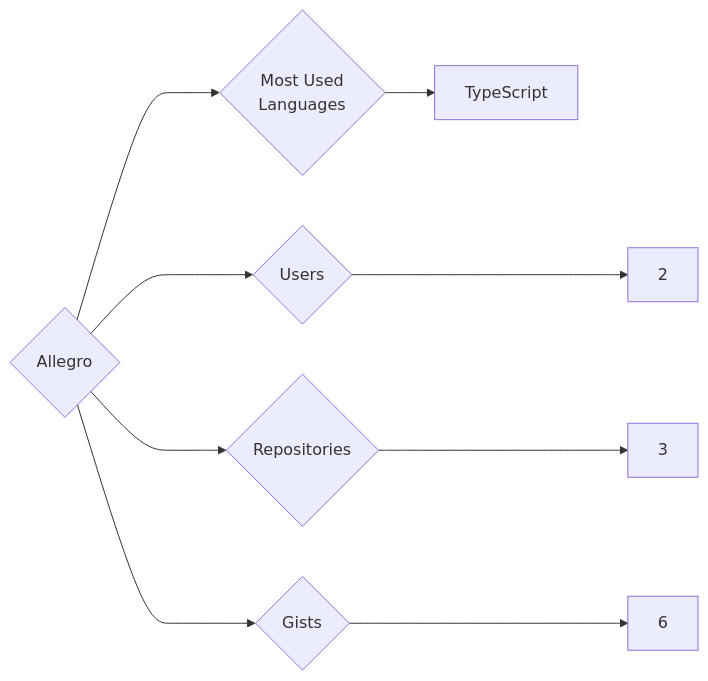
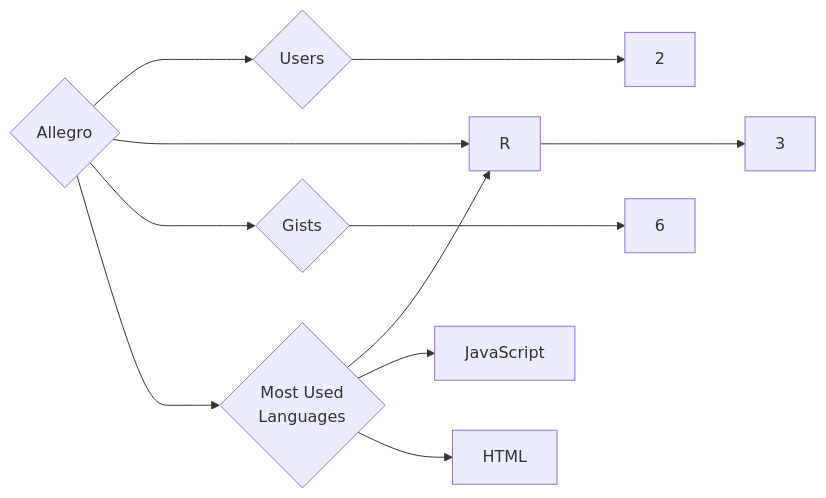
The diagram in targets/Allegro/README.md (trickest/insiders), drawn with Mermaid before and after one commit. The commit also changed 1036 other files, not shown here.

````diff
--- a/targets/Allegro/README.md
+++ b/targets/Allegro/README.md
@@ -3,9 +3,11 @@
 ```mermaid
 graph LR
 COMPANY_NAME{Allegro}
 COMPANY_NAME ---> U{Users} ---> UN[2]
 COMPANY_NAME ---> R{Repositories} ---> RN[3]
 COMPANY_NAME ---> G{Gists} ---> GN[6]
 COMPANY_NAME ---> ML{Most Used<br>Languages}
-ML --> TypeScript[TypeScript]
+ML --> R[R]
+ML --> JavaScript[JavaScript]
+ML --> HTML[HTML]
 ```
````
